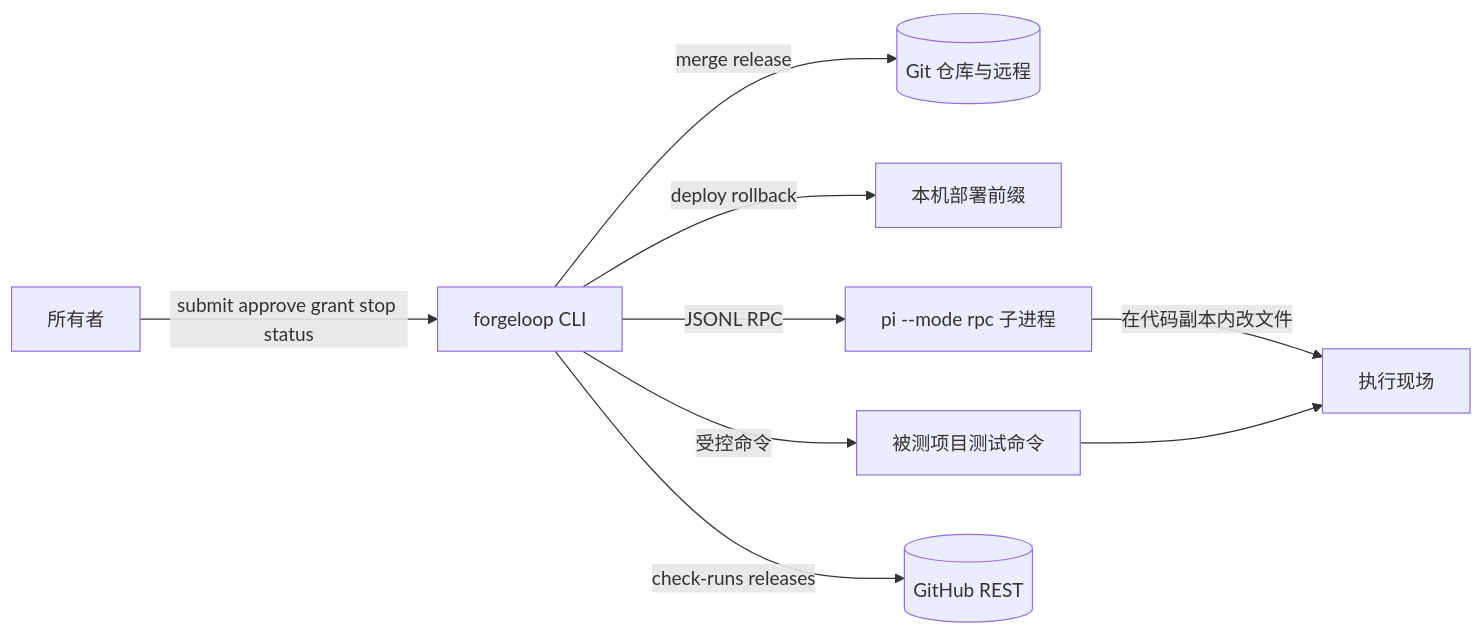
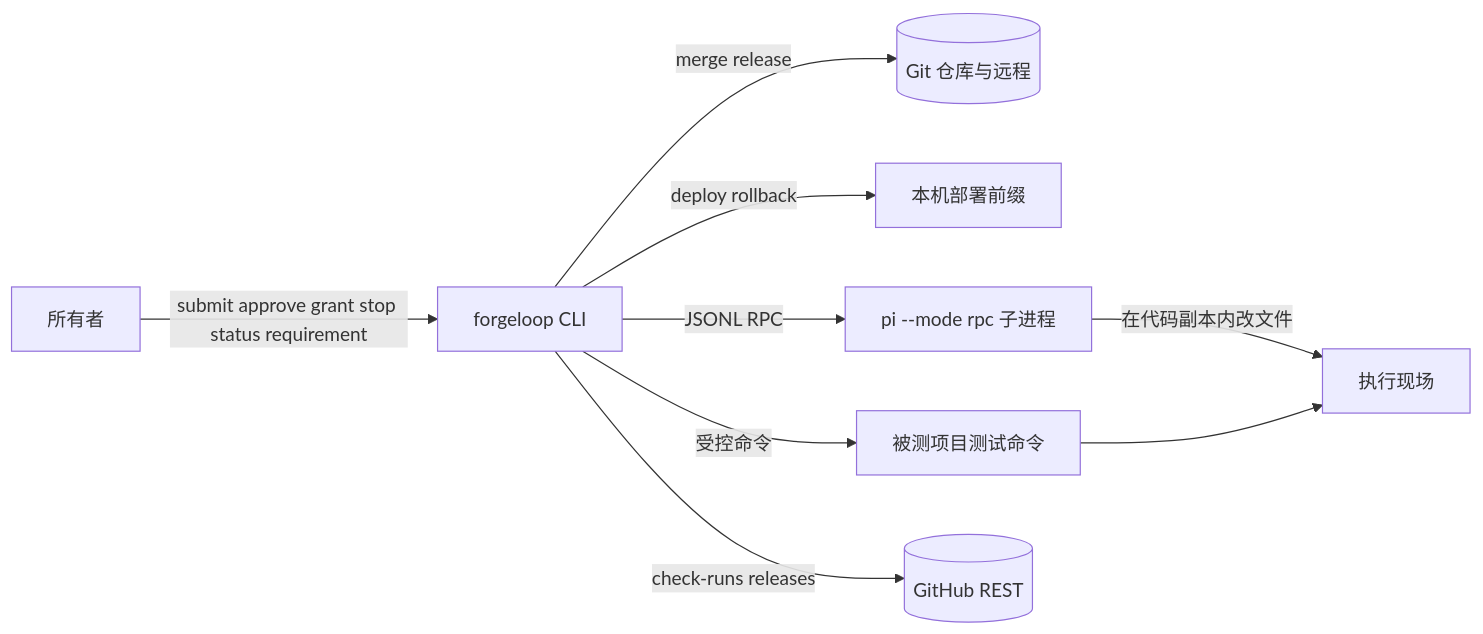
Before and after one commit to Lijiajin95/ForgeLoop: the first of 4 diagrams in docs/architecture.md, drawn with Mermaid. The commit also changed other lines of this file and 10 other files, not shown here.

````diff
--- a/docs/architecture.md
+++ b/docs/architecture.md
@@ -20,11 +20,11 @@
 ```mermaid
 flowchart LR
-  Owner[所有者] -->|submit approve grant stop status| CLI[forgeloop CLI]
+  Owner[所有者] -->|submit approve grant stop status requirement| CLI[forgeloop CLI]
   CLI -->|merge release| Git[(Git 仓库与远程)]
   CLI -->|deploy rollback| Prefix[本机部署前缀]
   CLI -->|JSONL RPC| PI[pi --mode rpc 子进程]
   CLI -->|受控命令| Project[被测项目测试命令]
   CLI -->|check-runs releases| GitHub[(GitHub REST)]
   PI -->|在代码副本内改文件| WS[执行现场]
   Project --> WS
 ```
````
